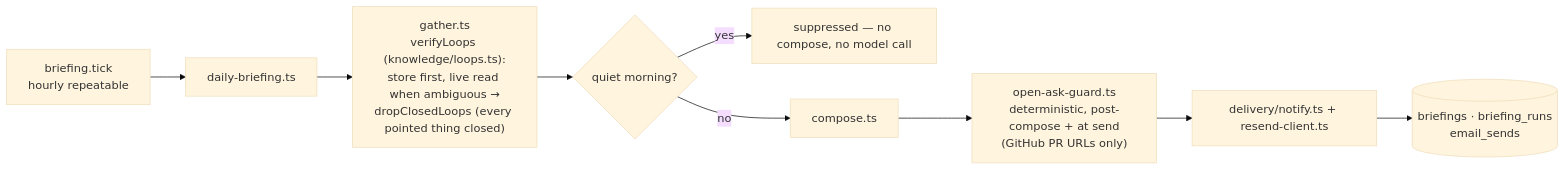
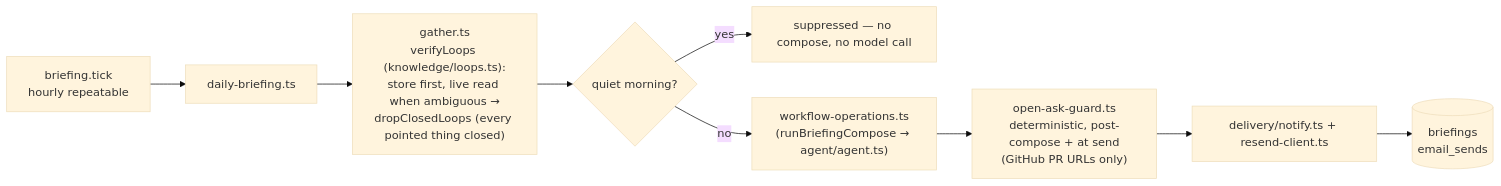
One commit to 99Yash/alfred changed the fourth of 6 diagrams in docs/reference/implementation-map.md. Above: the diagram before and after it, drawn with Mermaid (base theme). The commit also changed other lines of this file and 49 other files, not shown here.

````diff
--- a/docs/reference/implementation-map.md
+++ b/docs/reference/implementation-map.md
@@ -201,11 +200,11 @@
 ```mermaid
 flowchart LR
   TICK["briefing.tick<br/>hourly repeatable"] --> ORCH["daily-briefing.ts"]
   ORCH --> G["gather.ts<br/>verifyLoops (knowledge/loops.ts):<br/>store first, live read when ambiguous →<br/>dropClosedLoops (every pointed thing closed)"]
   G --> Q{quiet morning?}
   Q -->|yes| SUP[suppressed — no compose, no model call]
-  Q -->|no| C["compose.ts"]
+  Q -->|no| C["workflow-operations.ts<br/>(runBriefingCompose → agent/agent.ts)"]
   C --> GUARD["open-ask-guard.ts<br/>deterministic, post-compose + at send<br/>(GitHub PR URLs only)"]
   GUARD --> SEND["delivery/notify.ts + resend-client.ts"]
-  SEND --> TBL[("briefings · briefing_runs<br/>email_sends")]
+  SEND --> TBL[("briefings<br/>email_sends")]
 ```
````
